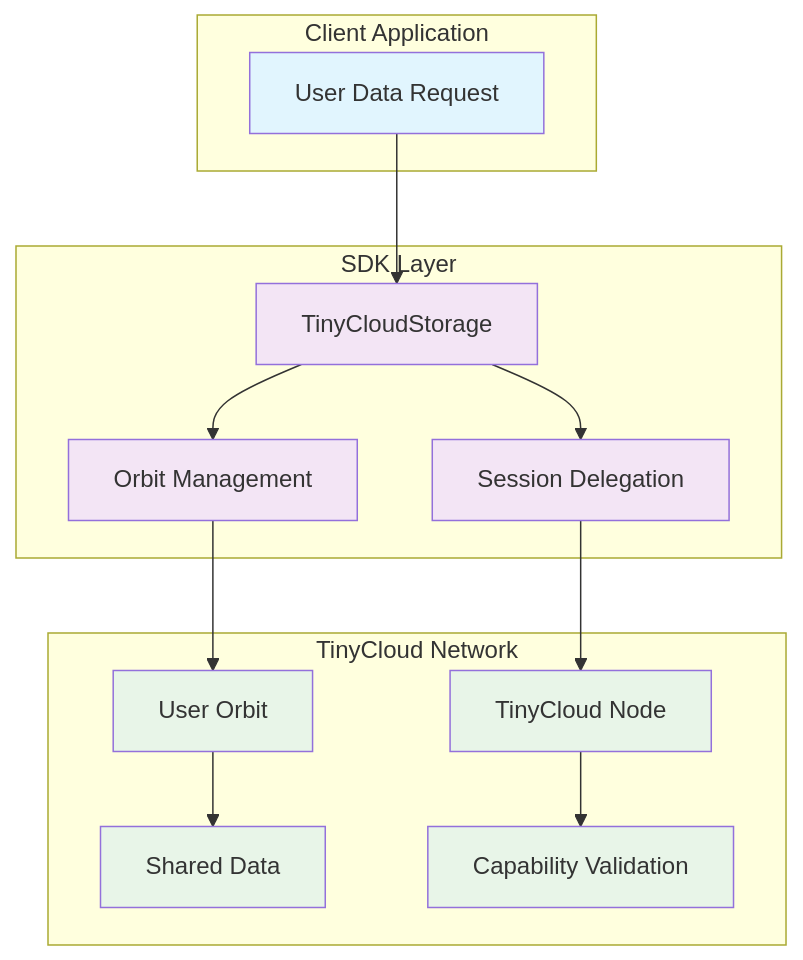
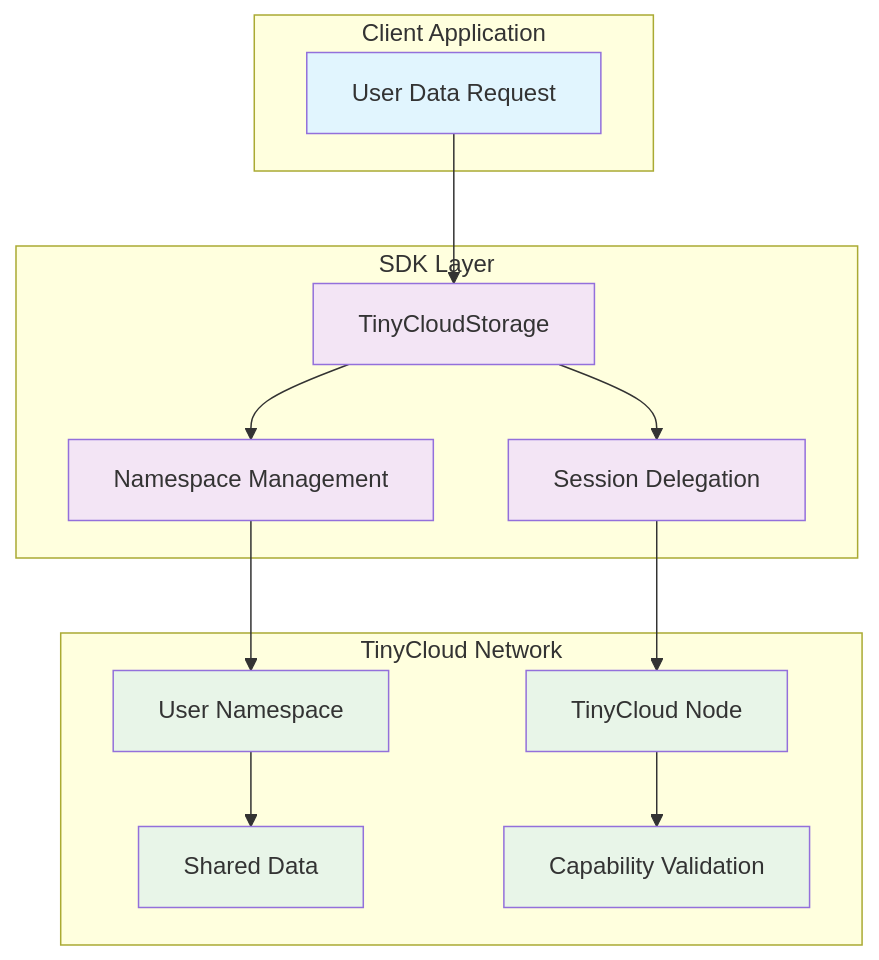
One commit to TinyCloudLabs/web-sdk changed the sixth of 9 diagrams in architecture.md. Above: the diagram before and after it, drawn with Mermaid. The commit also changed other lines of this file and 16 other files, not shown here.

````diff
--- a/architecture.md
+++ b/architecture.md
@@ -345,35 +345,35 @@
 ```mermaid
 graph TB
     subgraph "Client Application"
         A[User Data Request]
     end
     
     subgraph "SDK Layer"
         B[TinyCloudStorage]
         C[Session Delegation]
-        D[Orbit Management]
+        D[Namespace Management]
     end
     
     subgraph "TinyCloud Network"
         E[TinyCloud Node]
-        F[User Orbit]
+        F[User Namespace]
         G[Shared Data]
         H[Capability Validation]
     end
     
     A --> B
     B --> C
     B --> D
     C --> E
     D --> F
     E --> H
     F --> G
     
     classDef client fill:#e1f5fe
     classDef sdk fill:#f3e5f5
     classDef network fill:#e8f5e8
     
     class A client
     class B,C,D sdk
     class E,F,G,H network
 ```
````
